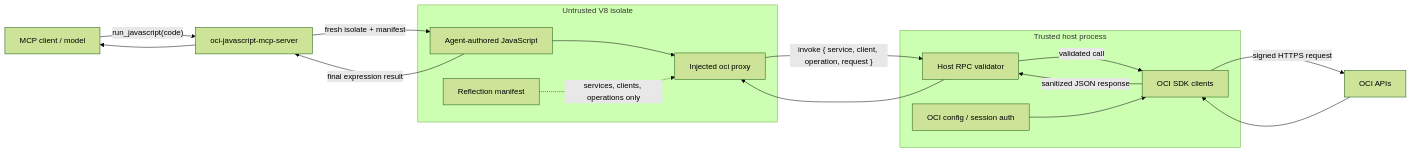
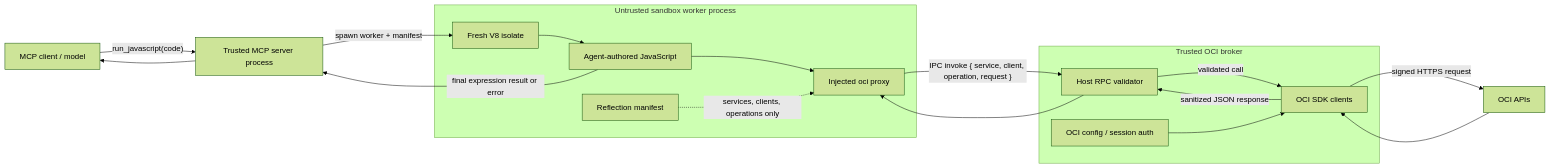
The first of 2 diagrams in src/oci-javascript-mcp-server/README.md (oracle/mcp), drawn with Mermaid (forest theme) before and after one commit. The commit also changed other lines of this file and 12 other files, not shown here.

Commit message:
fix: harden JavaScript sandbox using process isolation

````diff
--- a/src/oci-javascript-mcp-server/README.md
+++ b/src/oci-javascript-mcp-server/README.md
@@ -9,34 +9,36 @@
 ```mermaid
 flowchart LR
   client["MCP client / model"]
-  server["oci-javascript-mcp-server"]
+  server["Trusted MCP server process"]
 
-  subgraph sandbox["Untrusted V8 isolate"]
+  subgraph sandbox["Untrusted sandbox worker process"]
+    isolate["Fresh V8 isolate"]
     js["Agent-authored JavaScript"]
     proxy["Injected oci proxy"]
     manifest["Reflection manifest"]
   end
 
-  subgraph host["Trusted host process"]
+  subgraph host["Trusted OCI broker"]
     rpc["Host RPC validator"]
     sdk["OCI SDK clients"]
     auth["OCI config / session auth"]
   end
 
   oci["OCI APIs"]
 
   client -->|"run_javascript(code)"| server
-  server -->|"fresh isolate + manifest"| js
+  server -->|"spawn worker + manifest"| isolate
+  isolate --> js
   js --> proxy
-  proxy -->|"invoke { service, client, operation, request }"| rpc
+  proxy -->|"IPC invoke { service, client, operation, request }"| rpc
   rpc -->|"validated call"| sdk
   auth --> sdk
   sdk -->|"signed HTTPS request"| oci
   oci --> sdk
   sdk -->|"sanitized JSON response"| rpc
   rpc --> proxy
-  js -->|"final expression result"| server
+  js -->|"final expression result or error"| server
   server --> client
 
   manifest -. "services, clients, operations only" .-> proxy
 ```
````
